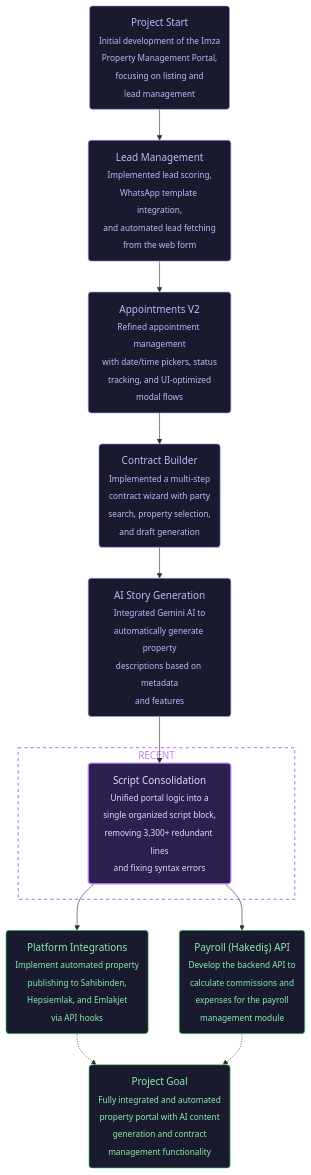
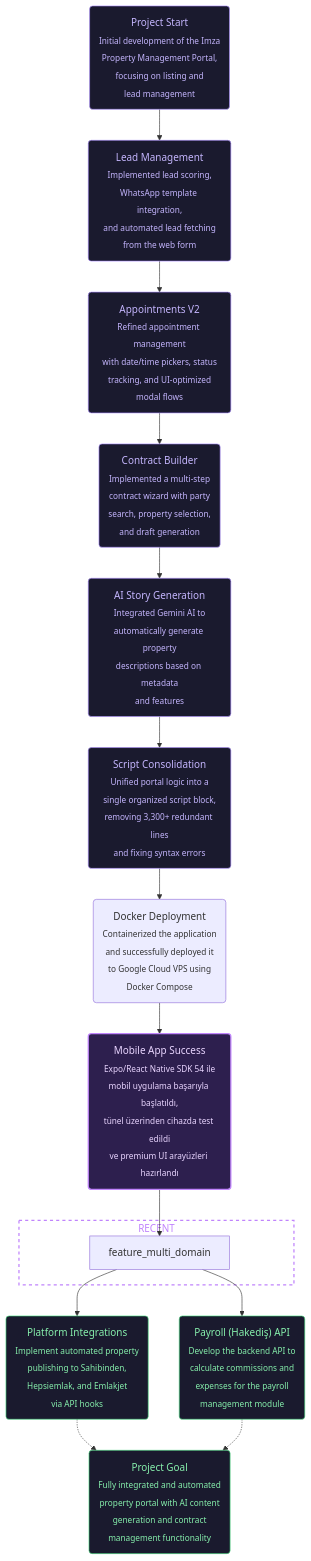
Before and after one commit to ramosis/imzagyo: the diagram in vizvibe.mmd, drawn with Mermaid. The commit also changed 19 other files, not shown here.

Commit message:
feat: mobile app integration, multi-domain support and password reset service

```diff
--- a/vizvibe.mmd
+++ b/vizvibe.mmd
@@ -1,69 +1,79 @@
 flowchart TD
     %% === PROJECT GOALS ===
     %% Ultimate Goal: Reconstruct the imzagyo property management portal with unified logic and modern UI/UX.
     %% Current Goal: Finalize the consolidated portal script and verify all core feature integrations.
 
     %% === START ===
     %% @project_start [start, closed, 2026-03-01, nam]
     project_start("Project Start<br/><sub>Initial development of the Imza<br/>Property Management Portal,<br/>focusing on listing and<br/>lead management</sub>")
 
     %% @ultimate_goal [end, opened, 2026-03-15, nam]
     ultimate_goal("Project Goal<br/><sub>Fully integrated and automated<br/>property portal with AI content<br/>generation and contract<br/>management functionality</sub>")
 
     %% === COMPLETED WORK ===
     %% @feature_leads [ai-task, closed, 2026-03-05, nam]
     feature_leads("Lead Management<br/><sub>Implemented lead scoring,<br/>WhatsApp template integration,<br/>and automated lead fetching<br/>from the web form</sub>")
 
     %% @feature_appointments_v2 [ai-task, closed, 2026-03-10, nam]
     feature_appointments_v2("Appointments V2<br/><sub>Refined appointment management<br/>with date/time pickers, status<br/>tracking, and UI-optimized<br/>modal flows</sub>")
 
     %% @feature_contract_builder [ai-task, closed, 2026-03-10, nam]
     feature_contract_builder("Contract Builder<br/><sub>Implemented a multi-step<br/>contract wizard with party<br/>search, property selection,<br/>and draft generation</sub>")
 
     %% @feature_ai_integration [ai-task, closed, 2026-03-10, nam]
     feature_ai_integration("AI Story Generation<br/><sub>Integrated Gemini AI to<br/>automatically generate property<br/>descriptions based on metadata<br/>and features</sub>")
 
     %% @task_consolidation [ai-task, closed, 2026-03-10, nam]
     task_consolidation("Script Consolidation<br/><sub>Unified portal logic into a<br/>single organized script block,<br/>removing 3,300+ redundant lines<br/>and fixing syntax errors</sub>")
 
+    %% @feature_docker_deployment [ai-task, closed, 2026-03-11, nam]
+    feature_docker_deployment("Docker Deployment<br/><sub>Containerized the application<br/>and successfully deployed it<br/>to Google Cloud VPS using<br/>Docker Compose</sub>")
+
+    %% @feature_mobile_app [ai-task, closed, 2026-03-11, nam]
+    feature_mobile_app("Mobile App Success<br/><sub>Expo/React Native SDK 54 ile<br/>mobil uygulama başarıyla başlatıldı,<br/>tünel üzerinden cihazda test edildi<br/>ve premium UI arayüzleri hazırlandı</sub>")
+
     %% === FUTURE WORK ===
     %% @future_integrations [ai-task, opened, 2026-03-11, nam]
     future_integrations("Platform Integrations<br/><sub>Implement automated property<br/>publishing to Sahibinden,<br/>Hepsiemlak, and Emlakjet<br/>via API hooks</sub>")
 
     %% @future_payroll_api [ai-task, opened, 2026-03-12, nam]
     future_payroll_api("Payroll (Hakediş) API<br/><sub>Develop the backend API to<br/>calculate commissions and<br/>expenses for the payroll<br/>management module</sub>")
 
     %% === CONNECTIONS ===
     project_start --> feature_leads
     feature_leads --> feature_appointments_v2
     feature_appointments_v2 --> feature_contract_builder
     feature_contract_builder --> feature_ai_integration
     feature_ai_integration --> task_consolidation
-    task_consolidation --> future_integrations
-    task_consolidation --> future_payroll_api
+    task_consolidation --> feature_docker_deployment
+    feature_docker_deployment --> feature_mobile_app
+    feature_mobile_app --> feature_multi_domain
+    feature_multi_domain --> future_integrations
+    feature_multi_domain --> future_payroll_api
     future_integrations -.-> ultimate_goal
     future_payroll_api -.-> ultimate_goal
 
     %% === RECENT WORK HIGHLIGHT ===
     subgraph recent [RECENT]
-        task_consolidation
+        feature_multi_domain
     end
 
     %% === STYLES ===
     %% Closed tasks (soft purple)
     style project_start fill:#1a1a2e,stroke:#a78bfa,color:#c4b5fd,stroke-width:1px
     style feature_leads fill:#1a1a2e,stroke:#a78bfa,color:#c4b5fd,stroke-width:1px
     style feature_appointments_v2 fill:#1a1a2e,stroke:#a78bfa,color:#c4b5fd,stroke-width:1px
     style feature_contract_builder fill:#1a1a2e,stroke:#a78bfa,color:#c4b5fd,stroke-width:1px
     style feature_ai_integration fill:#1a1a2e,stroke:#a78bfa,color:#c4b5fd,stroke-width:1px
 
-    %% Recent node (highlighted purple)
-    style task_consolidation fill:#2d1f4e,stroke:#c084fc,color:#e9d5ff,stroke-width:2px
+    style task_consolidation fill:#1a1a2e,stroke:#a78bfa,color:#c4b5fd,stroke-width:1px
+
+    style feature_mobile_app fill:#2d1f4e,stroke:#c084fc,color:#e9d5ff,stroke-width:2px
 
     %% Recent subgraph (dashed border)
     style recent fill:transparent,stroke:#c084fc,color:#c084fc,stroke-width:2px,stroke-dasharray:5 5
 
     %% Open tasks (soft green)
     style ultimate_goal fill:#1a1a2e,stroke:#4ade80,color:#86efac,stroke-width:1px
     style future_integrations fill:#1a1a2e,stroke:#4ade80,color:#86efac,stroke-width:1px
     style future_payroll_api fill:#1a1a2e,stroke:#4ade80,color:#86efac,stroke-width:1px
```
